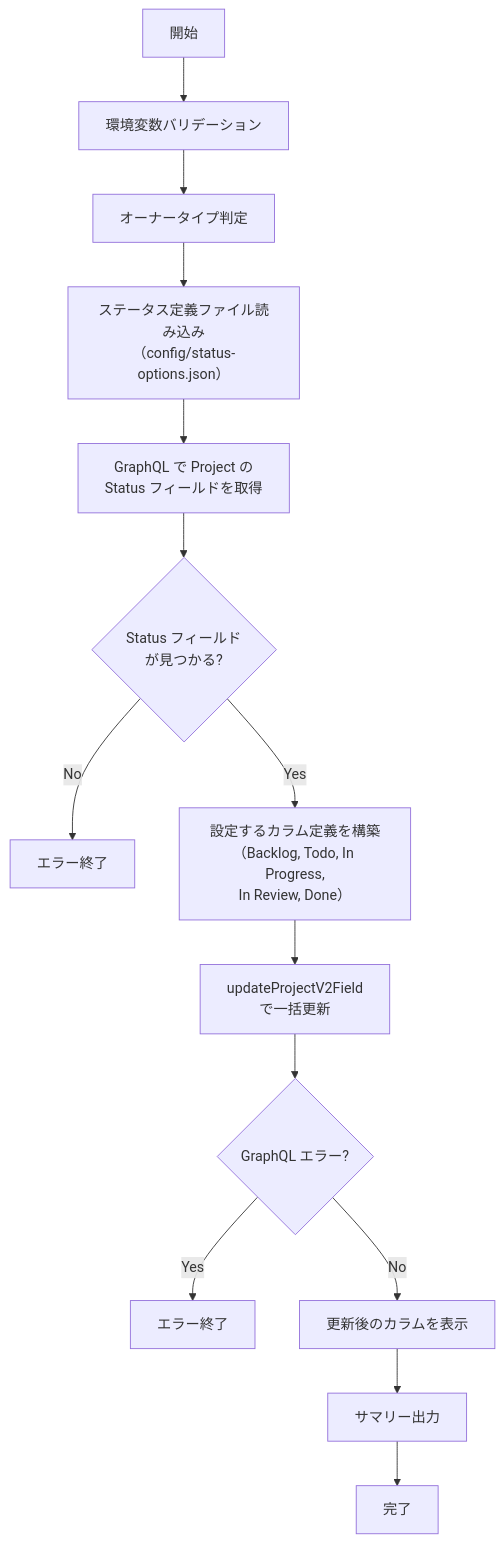
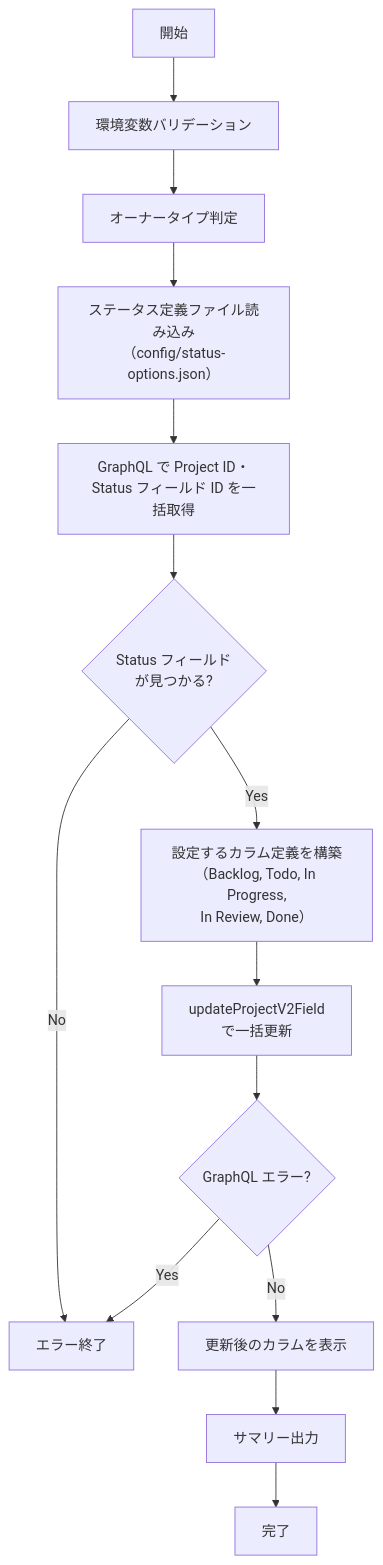
The diagram in docs/scripts/setup-project-status.md (lurest-inc/github-starter-kit), drawn with Mermaid before and after one commit. The commit also changed other lines of this file and 10 other files, not shown here.

````diff
--- a/docs/scripts/setup-project-status.md
+++ b/docs/scripts/setup-project-status.md
@@ -29,18 +29,18 @@
 ```mermaid
 flowchart TD
     A["開始"] --> B["環境変数バリデーション"]
     B --> C["オーナータイプ判定"]
     C --> D["ステータス定義ファイル読み込み\n（config/status-options.json）"]
-    D --> E["GraphQL で Project の\nStatus フィールドを取得"]
+    D --> E["GraphQL で Project ID・\nStatus フィールド ID を一括取得"]
 
     E --> F{"Status フィールド\nが見つかる?"}
-    F -- "No" --> F2["エラー終了"]
-    F -- "Yes" --> G["設定するカラム定義を構築\n（Backlog, Todo, In Progress,\nIn Review, Done）"]
+    F -- "No" --> G["エラー終了"]
+    F -- "Yes" --> H["設定するカラム定義を構築\n（Backlog, Todo, In Progress,\nIn Review, Done）"]
 
-    G --> H["updateProjectV2Field\nで一括更新"]
-    H --> I{"GraphQL エラー?"}
-    I -- "Yes" --> I2["エラー終了"]
-    I -- "No" --> J["更新後のカラムを表示"]
-    J --> K["サマリー出力"]
-    K --> L["完了"]
+    H --> I["updateProjectV2Field\nで一括更新"]
+    I --> J{"GraphQL エラー?"}
+    J -- "Yes" --> G
+    J -- "No" --> K["更新後のカラムを表示"]
+    K --> L["サマリー出力"]
+    L --> M["完了"]
 ```
````
